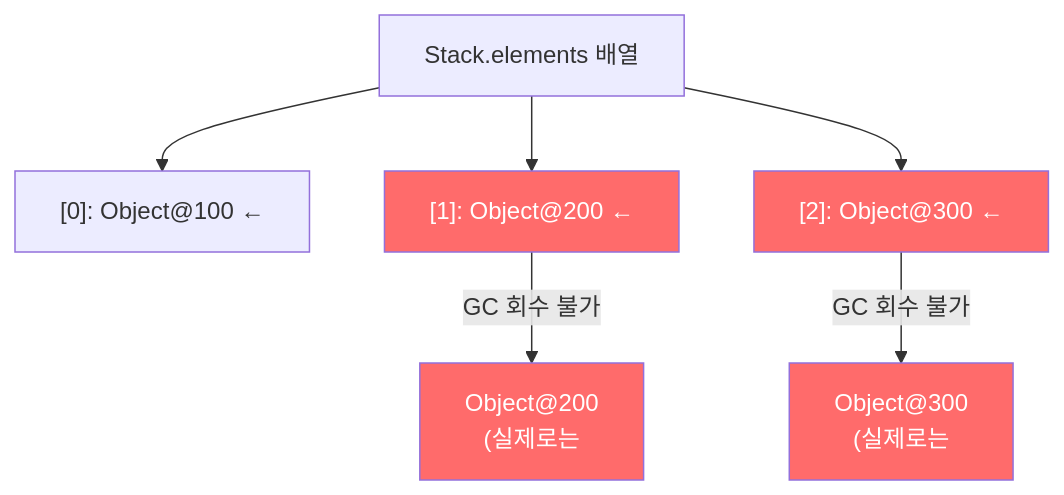
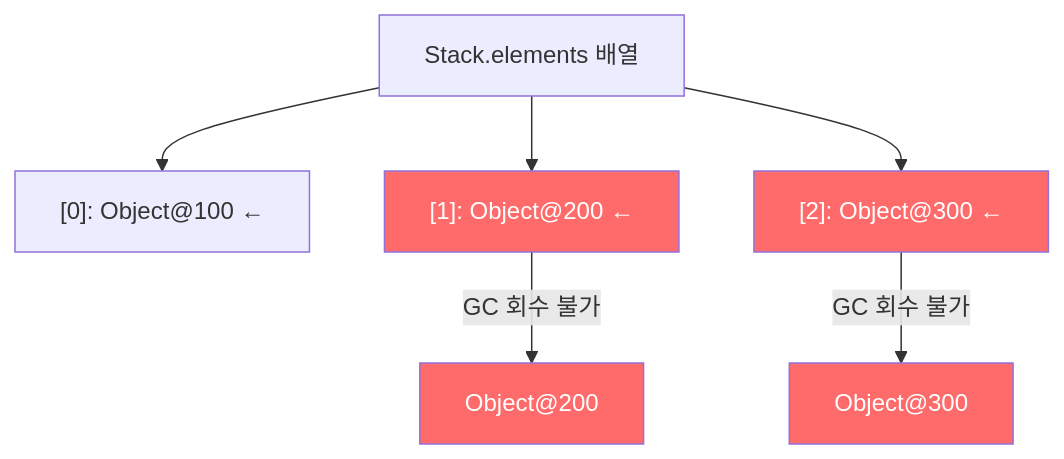
The first of 4 diagrams in _posts/java/2021-12-20-effective-java7.md (yjkim2015/yjkim2015.github.io), drawn with Mermaid before and after one commit. The commit also changed other lines of this file and 217 other files, not shown here.

First line of the commit message:
Mermaid 크기 수정: useMaxWidth:true + SVG max-width:100% + 라벨 축소

````diff
--- a/_posts/java/2021-12-20-effective-java7.md
+++ b/_posts/java/2021-12-20-effective-java7.md
@@ -51,12 +51,12 @@
 ```mermaid
 graph TD
     A["Stack.elements 배열"] --> B["[0]: Object@100 ←"]
     A --> C["[1]: Object@200 ←"]
     A --> D["[2]: Object@300 ←"]
-    C -->|"GC 회수 불가"| E["Object@200\n(실제로는"]
-    D -->|"GC 회수 불가"| F["Object@300\n(실제로는"]
+    C -->|"GC 회수 불가"| E["Object@200"]
+    D -->|"GC 회수 불가"| F["Object@300"]
     style C fill:#ff6b6b,color:#fff
     style D fill:#ff6b6b,color:#fff
     style E fill:#ff6b6b,color:#fff
     style F fill:#ff6b6b,color:#fff
 ```
````
